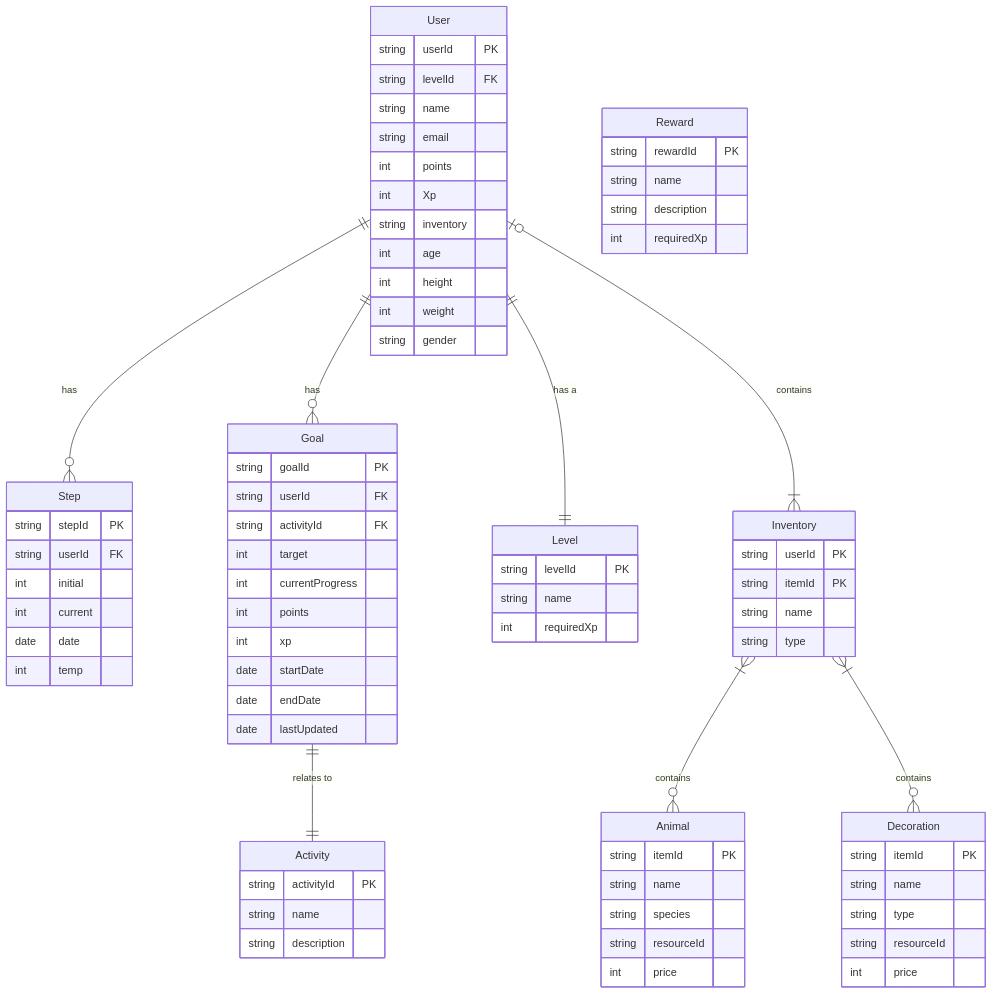
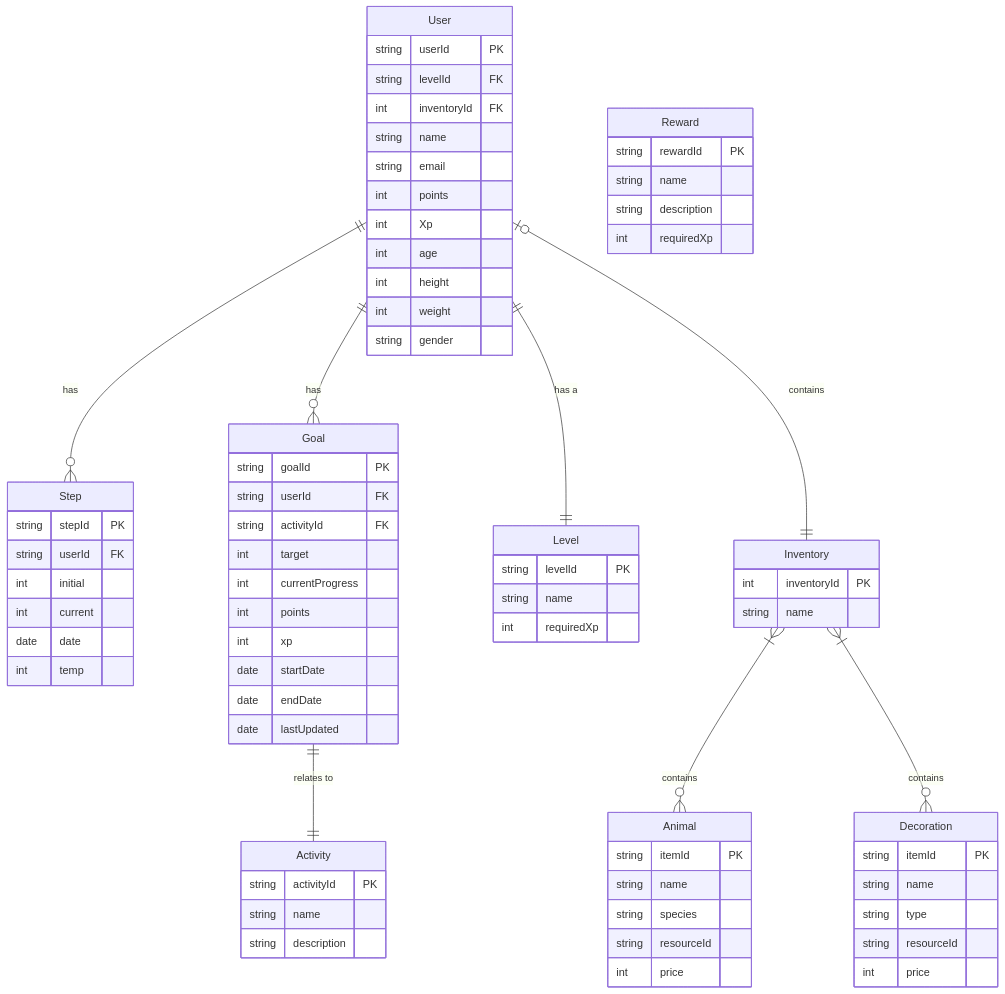
One commit to PVP-K409/fit-flow-docs changed the diagram in database/SCHEMA.md. Above: the diagram before and after it, drawn with Mermaid.

Commit message:
Update database schema
* Update SCHEMA.md

```diff
--- a/database/SCHEMA.md
+++ b/database/SCHEMA.md
@@ -5,11 +5,11 @@
     User {
         string userId PK
         string levelId FK
+        int inventoryId FK
         string name
         string email
         int points
         int Xp
-        string inventory
         int age
         int height
         int weight
@@ -51,10 +51,8 @@
     }
 
     Inventory {
-        string userId PK
-        string itemId PK
+        int inventoryId PK
         string name
-        string type
     }
 
     Animal {
@@ -83,7 +81,7 @@
     User ||--o{ Goal : "has"
     Goal ||--|| Activity : "relates to"
     User ||--|| Level : "has a"
-    User |o--|{ Inventory : "contains"
+    User |o--|| Inventory : "contains"
     User ||--o{ Step : "has"
     Inventory }|--o{ Animal : "contains"
     Inventory }|--o{ Decoration : "contains"
```
